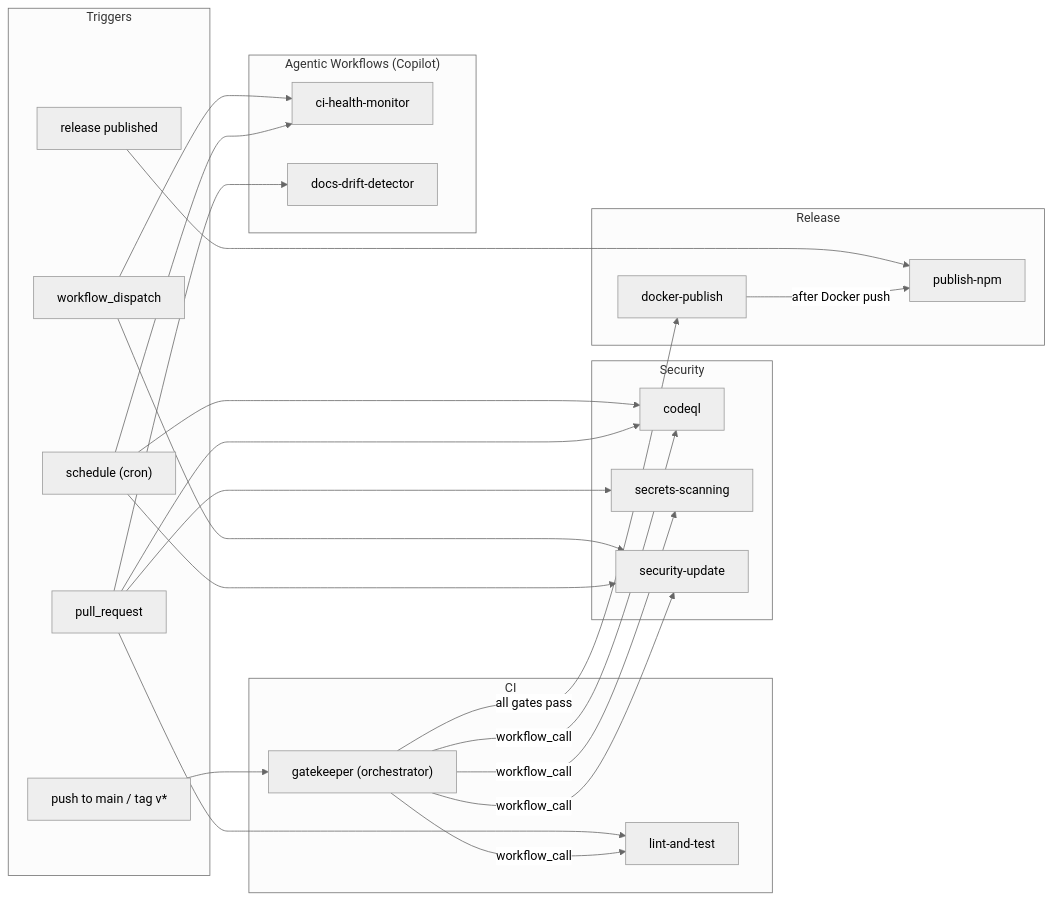
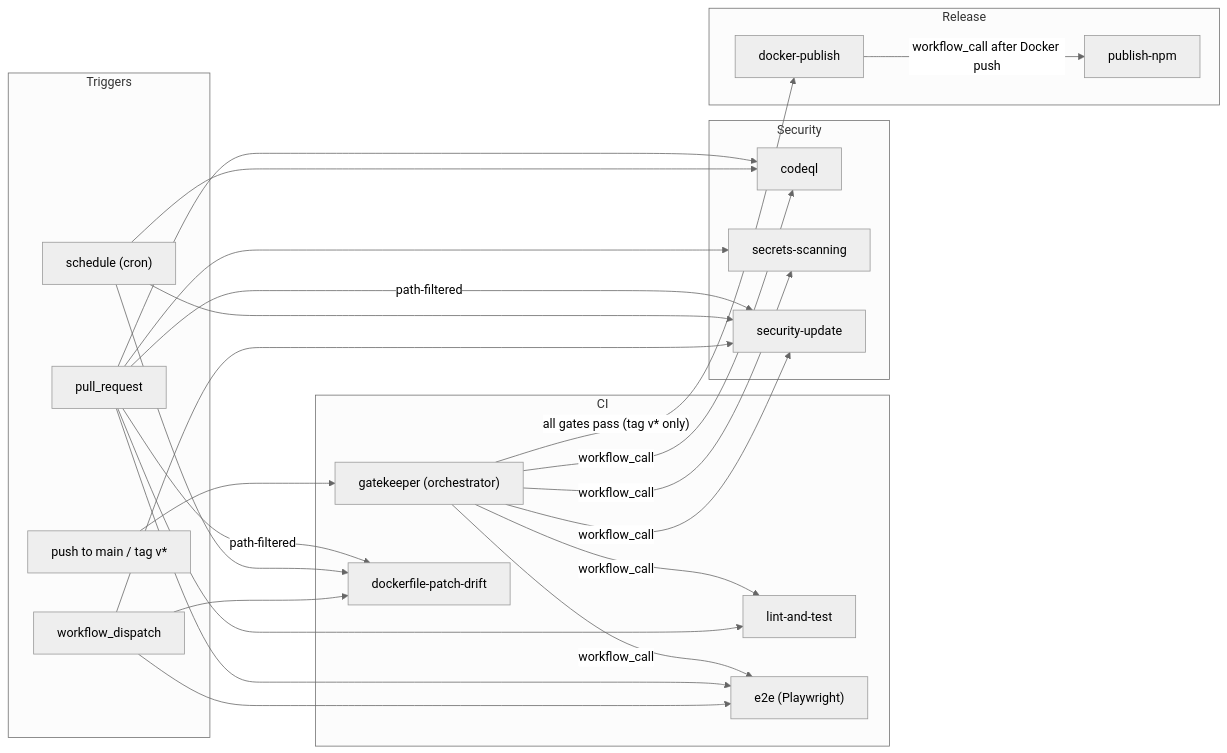
The diagram in .github/workflows/README.md (neverinfamous/memory-journal-mcp), drawn with Mermaid (neutral theme) before and after one commit. The commit also changed other lines of this file and 307 other files, not shown here.

````diff
--- a/.github/workflows/README.md
+++ b/.github/workflows/README.md
@@ -7,53 +7,51 @@
 ```mermaid
 flowchart LR
     subgraph Triggers["Triggers"]
         Push["push to main / tag v*"]
         PR["pull_request"]
-        Tag["release published"]
         Sched["schedule (cron)"]
         Manual["workflow_dispatch"]
     end
 
     subgraph CI["CI"]
         GK["gatekeeper (orchestrator)"]
         LT["lint-and-test"]
+        E2E["e2e (Playwright)"]
+        DPD["dockerfile-patch-drift"]
     end
 
     subgraph Security["Security"]
         CQL["codeql"]
         SS["secrets-scanning"]
         SU["security-update"]
     end
 
     subgraph Release["Release"]
+        DP["docker-publish"]
         NPM["publish-npm"]
-        DP["docker-publish"]
-    end
-
-    subgraph Agentic["Agentic Workflows (Copilot)"]
-        CHM["ci-health-monitor"]
-        DDD["docs-drift-detector"]
     end
 
     Push --> GK
     GK -->|workflow_call| LT
     GK -->|workflow_call| CQL
     GK -->|workflow_call| SS
     GK -->|workflow_call| SU
-    GK -->|all gates pass| DP
-    DP -->|after Docker push| NPM
+    GK -->|workflow_call| E2E
+    GK -->|"all gates pass (tag v* only)"| DP
+    DP -->|workflow_call after Docker push| NPM
 
     PR --> LT
+    PR --> E2E
+    PR -->|"path-filtered"| DPD
     PR --> CQL
     PR --> SS
-    PR --> DDD
-
-    Tag --> NPM
+    PR -->|"path-filtered"| SU
 
     Sched --> CQL
     Sched --> SU
-    Sched --> CHM
+    Sched --> DPD
 
+    Manual --> E2E
     Manual --> SU
-    Manual --> CHM
+    Manual --> DPD
 ```
````
